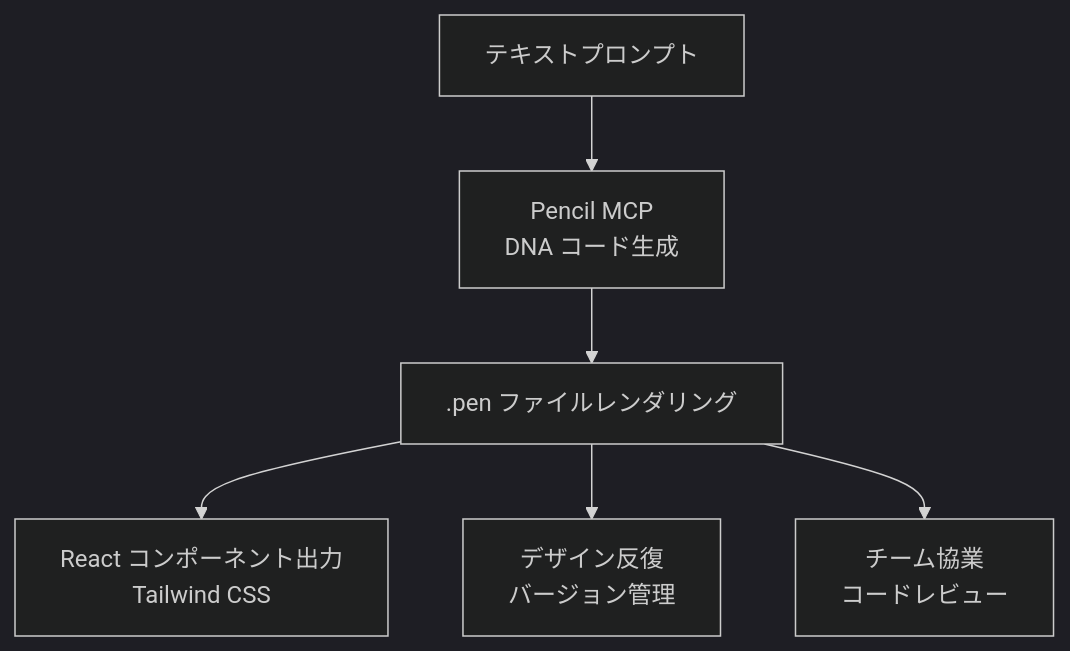
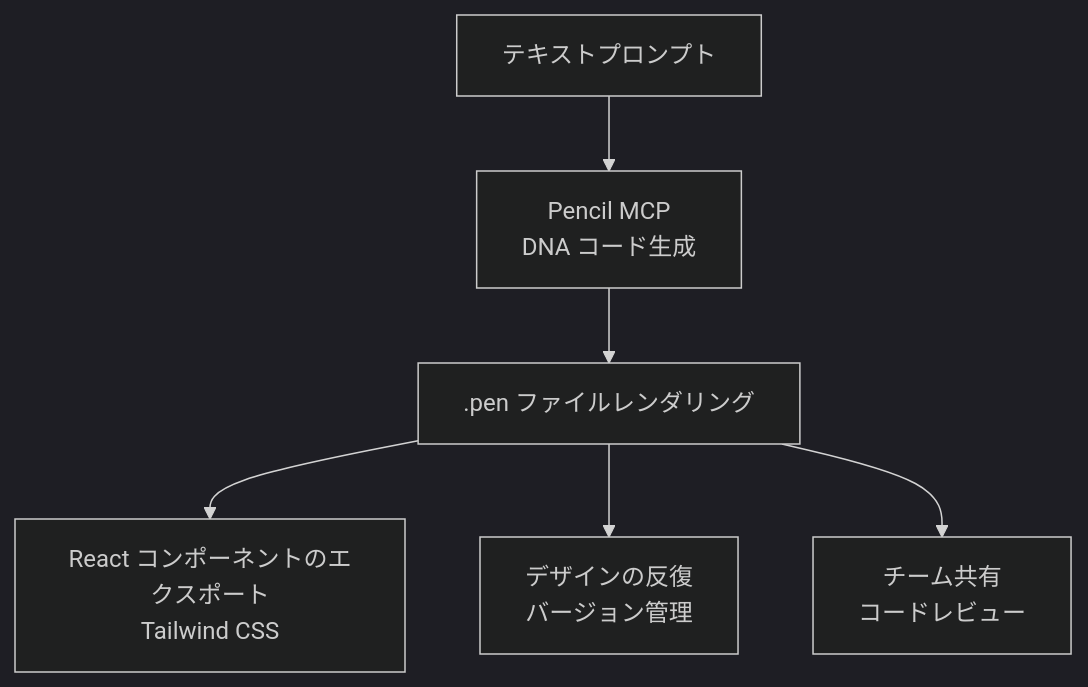
Before and after one commit to modu-ai/moai-adk: the first of 4 diagrams in docs-site/content/ja/advanced/pencil-guide.md, drawn with Mermaid (dark theme). The commit also changed other lines of this file and 395 other files, not shown here.

````diff
--- a/docs-site/content/ja/advanced/pencil-guide.md
+++ b/docs-site/content/ja/advanced/pencil-guide.md
@@ -17,8 +17,8 @@
 ```mermaid
 flowchart TD
     A["テキストプロンプト"] --> B["Pencil MCP<br>DNA コード生成"]
     B --> C[".pen ファイルレンダリング"]
-    C --> D["React コンポーネント出力<br>Tailwind CSS"]
-    C --> E["デザイン反復<br>バージョン管理"]
-    C --> F["チーム協業<br>コードレビュー"]
+    C --> D["React コンポーネントのエクスポート<br>Tailwind CSS"]
+    C --> E["デザインの反復<br>バージョン管理"]
+    C --> F["チーム共有<br>コードレビュー"]
 ```
````
